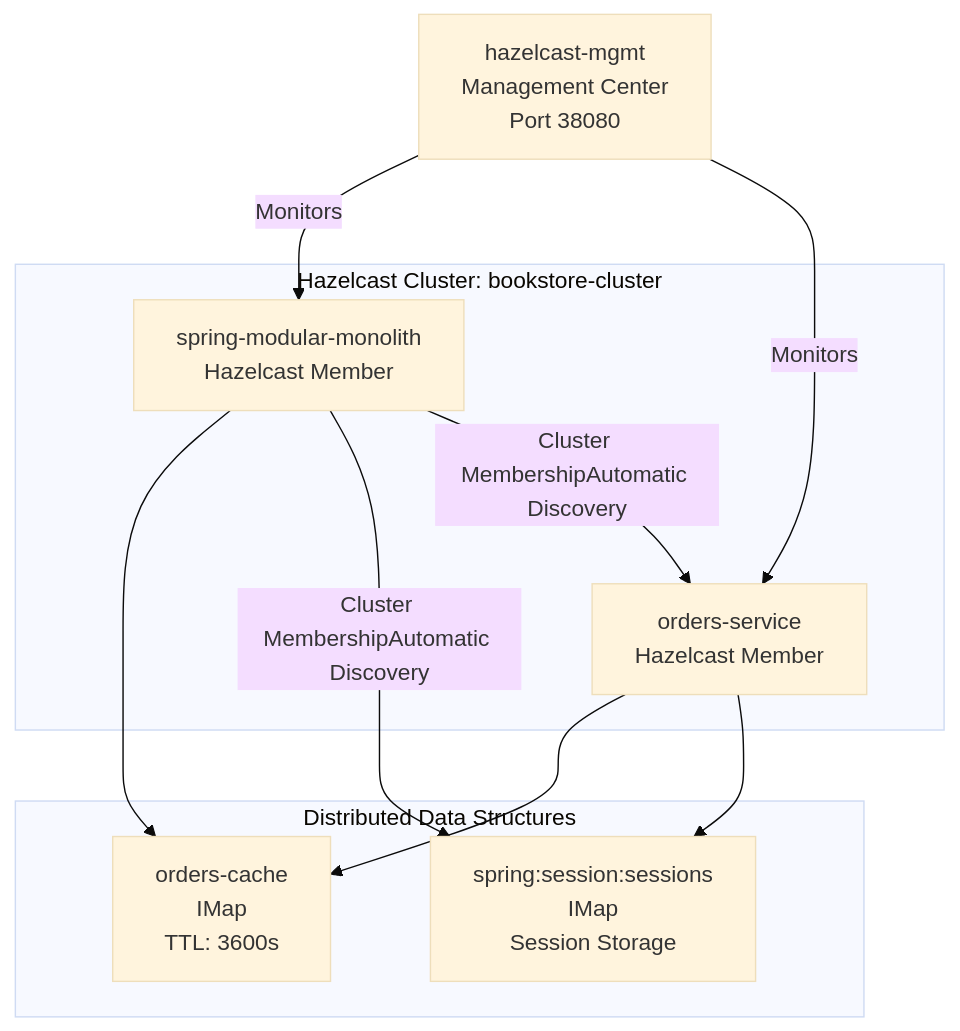
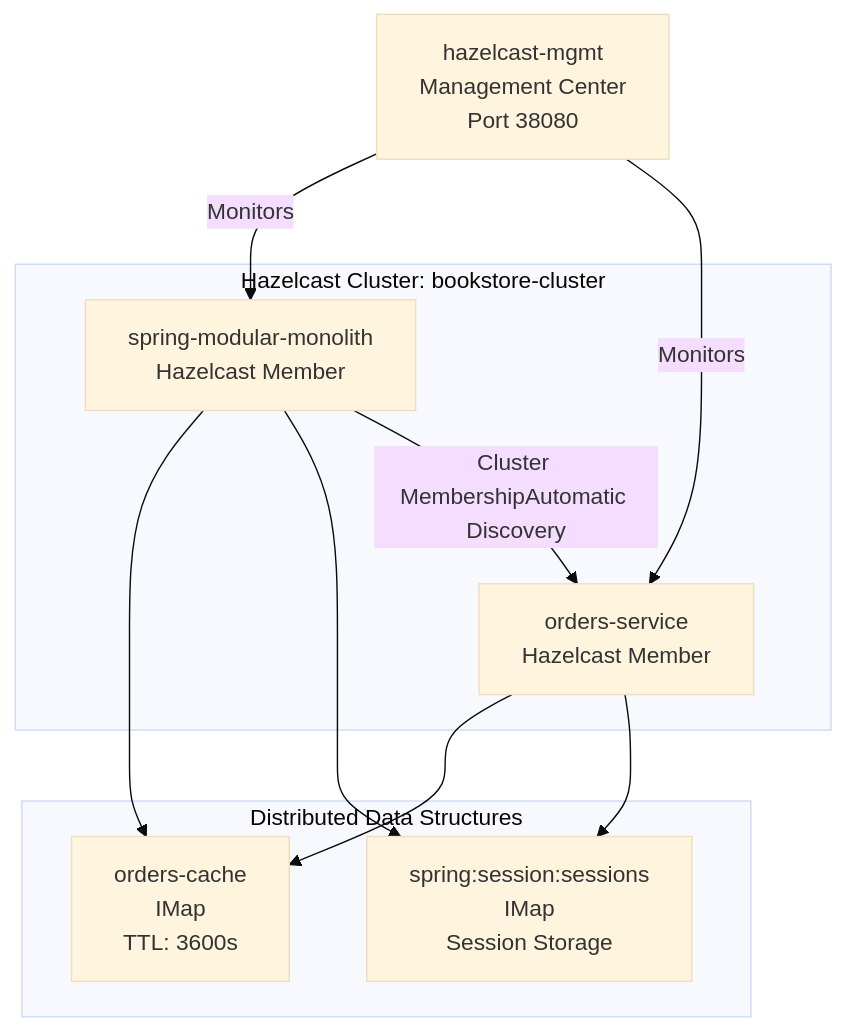
One commit to philipz/spring-modular-monolith changed the seventh of 10 diagrams in docs/deepwiki/Orders-Service-Architecture.md. Above: the diagram before and after it, drawn with Mermaid (base theme). The commit also changed 32 other files, not shown here.

````diff
--- a/docs/deepwiki/Orders-Service-Architecture.md
+++ b/docs/deepwiki/Orders-Service-Architecture.md
@@ -442,27 +442,27 @@
 ```mermaid
 flowchart TD
 
 MonolithCache["spring-modular-monolith<br>Hazelcast Member"]
 OrdersCache["orders-service<br>Hazelcast Member"]
 OrdersMap["orders-cache<br>IMap<String, Object><br>TTL: 3600s"]
 SessionMap["spring:session:sessions<br>IMap<br>Session Storage"]
 HZMgmt["hazelcast-mgmt<br>Management Center<br>Port 38080"]
 
 MonolithCache --> OrdersMap
 OrdersCache --> OrdersMap
-MonolithCache -->|"Cluster MembershipAutomatic Discovery"| SessionMap
+MonolithCache --> SessionMap
 OrdersCache --> SessionMap
 HZMgmt -->|"Monitors"| MonolithCache
 HZMgmt -->|"Monitors"| OrdersCache
 
 subgraph subGraph1 ["Distributed Data Structures"]
     OrdersMap
     SessionMap
 end
 
 subgraph subGraph0 ["Hazelcast Cluster: bookstore-cluster"]
     MonolithCache
     OrdersCache
     MonolithCache -->|"Cluster MembershipAutomatic Discovery"| OrdersCache
 end
 ```
````
